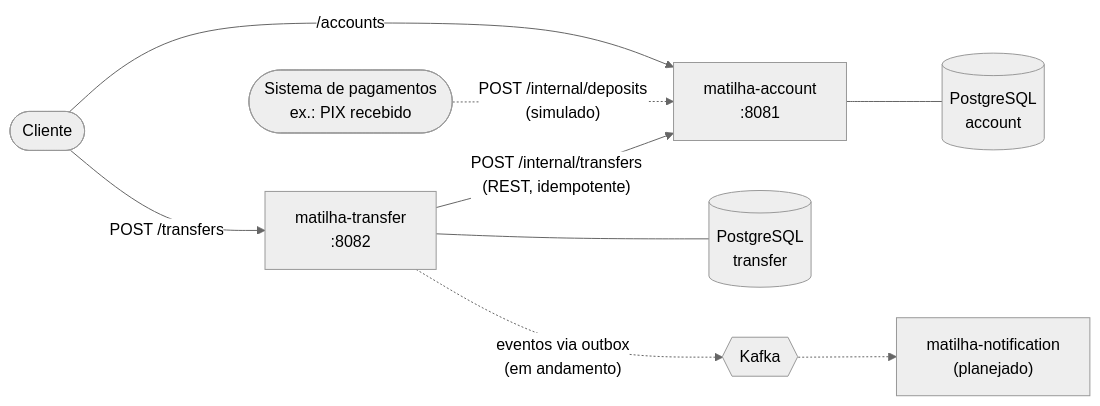
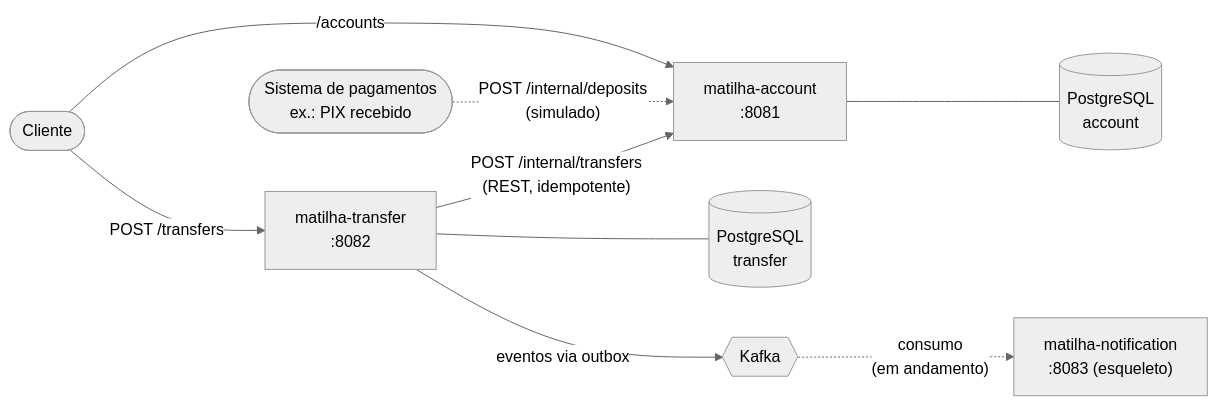
The diagram in README.md (Zanellas/Matilha), drawn with Mermaid (neutral theme) before and after one commit. The commit also changed other lines of this file and 38 other files, not shown here.

````diff
--- a/README.md
+++ b/README.md
@@ -9,20 +9,20 @@
 ```mermaid
 flowchart LR
     client([Cliente])
     payments([Sistema de pagamentos<br/>ex.: PIX recebido])
     transfer["matilha-transfer<br/>:8082"]
     account["matilha-account<br/>:8081"]
     tdb[("PostgreSQL<br/>transfer")]
     adb[("PostgreSQL<br/>account")]
     kafka{{"Kafka"}}
-    notification["matilha-notification<br/>(planejado)"]
+    notification["matilha-notification<br/>:8083 (esqueleto)"]
 
     client -->|"POST /transfers"| transfer
     client -->|"/accounts"| account
     payments -.->|"POST /internal/deposits<br/>(simulado)"| account
     transfer -->|"POST /internal/transfers<br/>(REST, idempotente)"| account
     transfer --- tdb
     account --- adb
-    transfer -.->|"eventos via outbox<br/>(em andamento)"| kafka
-    kafka -.-> notification
+    transfer -->|"eventos via outbox"| kafka
+    kafka -.->|"consumo<br/>(em andamento)"| notification
 ```
````
